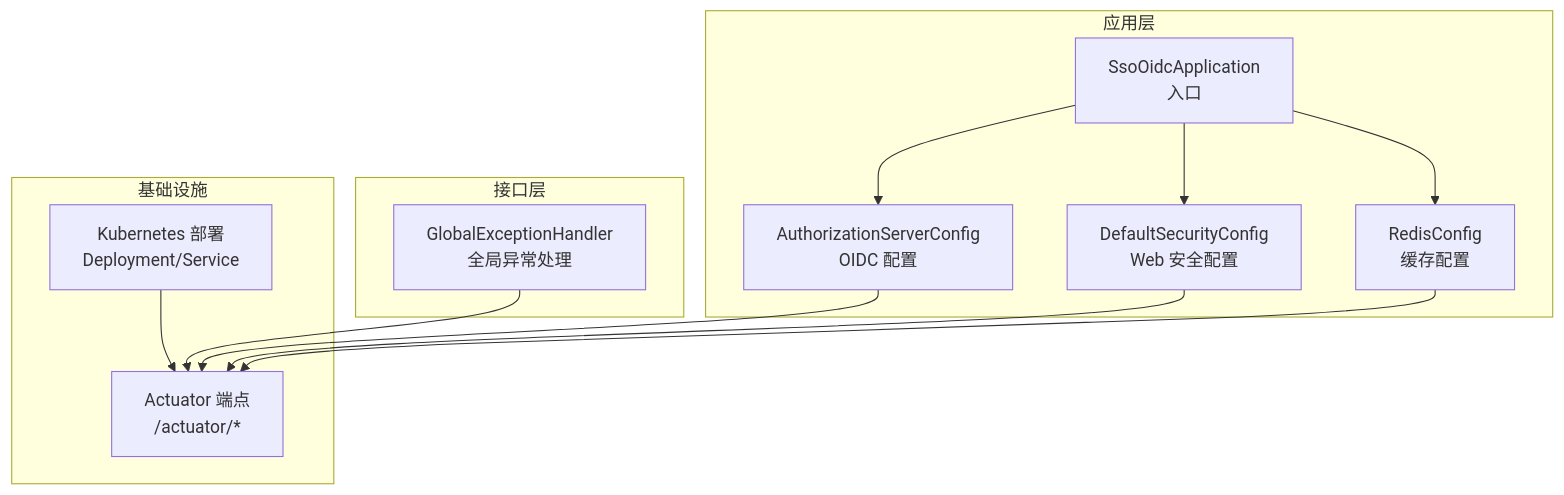
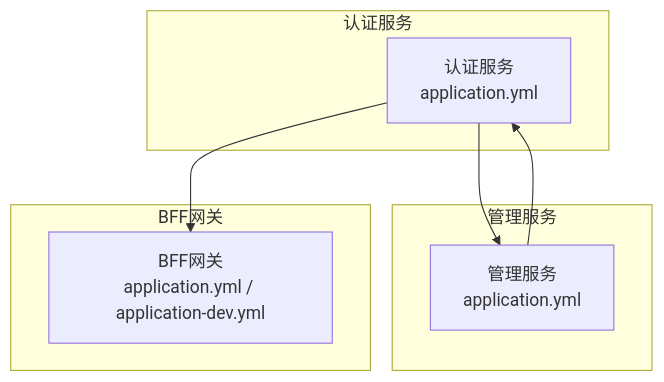
One commit to fq0121104930716/iam-platform changed the first of 7 diagrams in .qoder/repowiki/zh/content/故障排除/故障排除.md. Above: the diagram before and after it, drawn with Mermaid. The commit also changed other lines of this file and 222 other files, not shown here.

````diff
--- a/.qoder/repowiki/zh/content/故障排除/故障排除.md
+++ b/.qoder/repowiki/zh/content/故障排除/故障排除.md
@@ -39,24 +41,15 @@
 ```mermaid
 graph TB
-subgraph "应用层"
-A["SsoOidcApplication<br/>入口"]
-B["AuthorizationServerConfig<br/>OIDC 配置"]
-C["DefaultSecurityConfig<br/>Web 安全配置"]
-D["RedisConfig<br/>缓存配置"]
+subgraph "认证服务"
+AUTH["认证服务<br/>application.yml"]
 end
-subgraph "接口层"
-E["GlobalExceptionHandler<br/>全局异常处理"]
+subgraph "管理服务"
+ADMIN["管理服务<br/>application.yml"]
 end
-subgraph "基础设施"
-F["Actuator 端点<br/>/actuator/*"]
-G["Kubernetes 部署<br/>Deployment/Service"]
+subgraph "BFF网关"
+BFF["BFF网关<br/>application.yml / application-dev.yml"]
 end
-A --> B
-A --> C
-A --> D
-B --> F
-C --> F
-D --> F
-E --> F
-G --> F
+AUTH --> ADMIN
+AUTH --> BFF
+ADMIN --> AUTH
 ```
````
